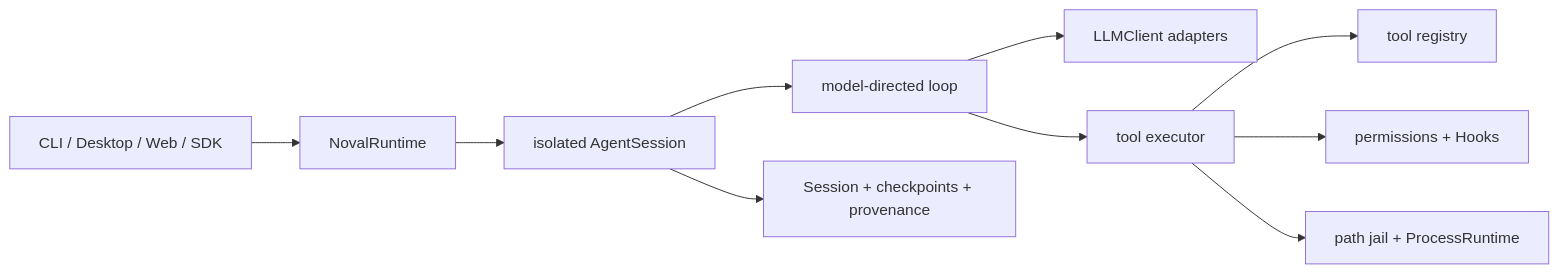
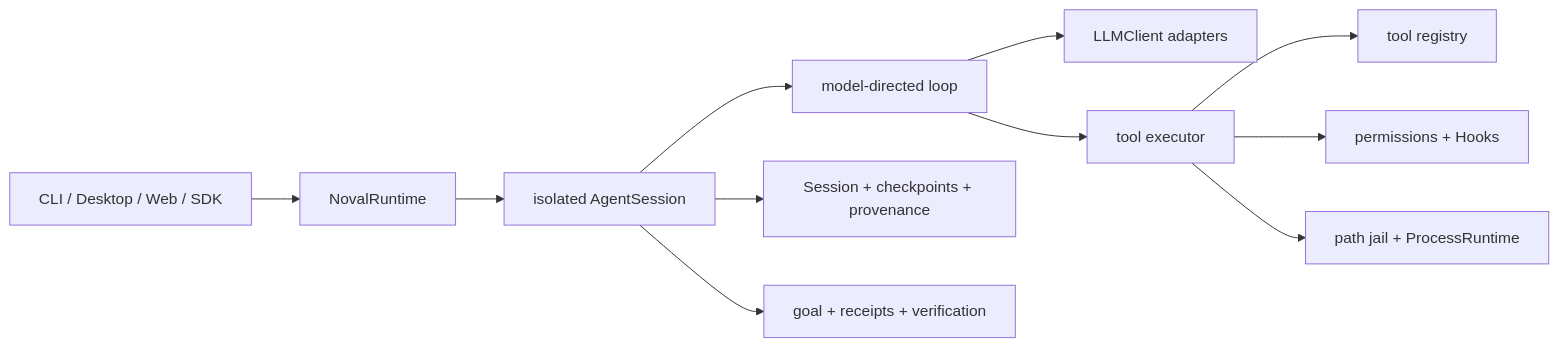
One commit to kestiny18/Noval changed the diagram in README.md. Above: the diagram before and after it, drawn with Mermaid. The commit also changed other lines of this file and 36 other files, not shown here.

First line of the commit message:
feat: establish goal, evidence, and completion contracts (#19)

````diff
--- a/README.md
+++ b/README.md
@@ -54,12 +55,13 @@
 ```mermaid
 flowchart LR
     Hosts["CLI / Desktop / Web / SDK"] --> Runtime["NovalRuntime"]
     Runtime --> Sessions["isolated AgentSession"]
     Sessions --> Agent["model-directed loop"]
     Agent --> Providers["LLMClient adapters"]
     Agent --> Executor["tool executor"]
     Executor --> Registry["tool registry"]
     Executor --> Policy["permissions + Hooks"]
     Executor --> Isolation["path jail + ProcessRuntime"]
     Sessions --> State["Session + checkpoints + provenance"]
+    Sessions --> Evidence["goal + receipts + verification"]
 ```
````
